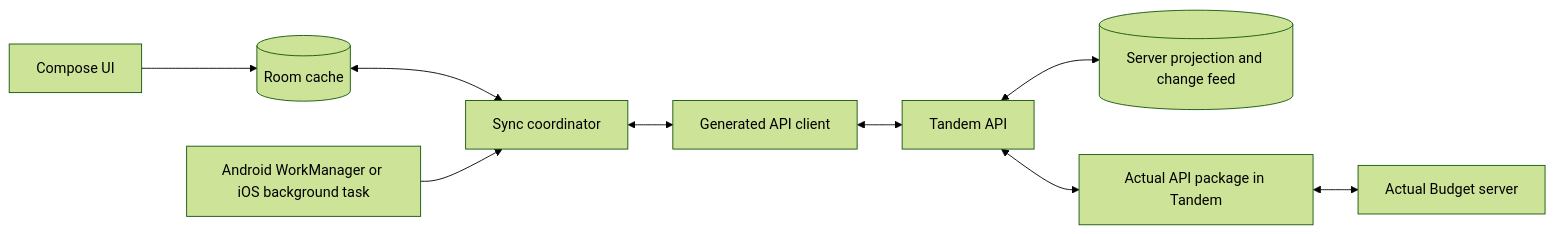
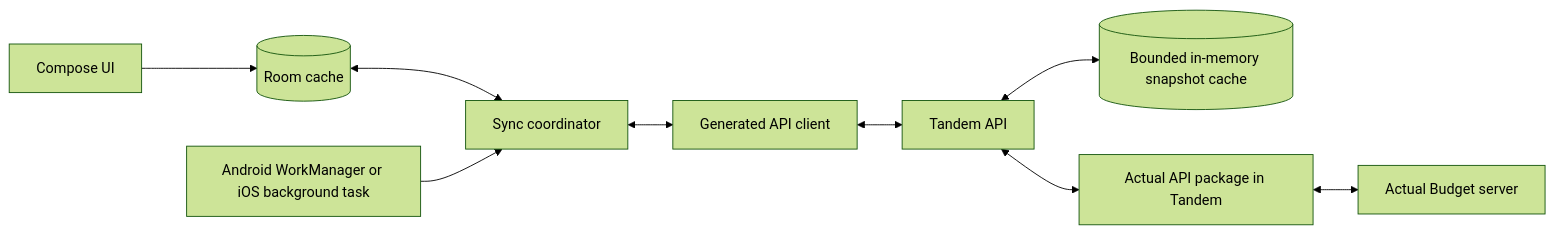
One commit to Nischay-Pro/tandem changed the first of 4 diagrams in docs/mobile-sync.md. Above: the diagram before and after it, drawn with Mermaid (forest theme). The commit also changed other lines of this file and 29 other files, not shown here.

Commit message:
refactor(api): keep budget snapshots in memory

````diff
--- a/docs/mobile-sync.md
+++ b/docs/mobile-sync.md
@@ -9,11 +9,11 @@
 ```mermaid
 flowchart LR
   UI[Compose UI] --> DB[(Room cache)]
   DB <--> Sync[Sync coordinator]
   Worker[Android WorkManager or iOS background task] --> Sync
   Sync <--> Client[Generated API client]
   Client <--> API[Tandem API]
-  API <--> Projection[(Server projection and change feed)]
+  API <--> Snapshot[("Bounded in-memory snapshot cache")]
   API <--> ActualAPI["Actual API package in Tandem"]
   ActualAPI <--> Actual[Actual Budget server]
 ```
````
